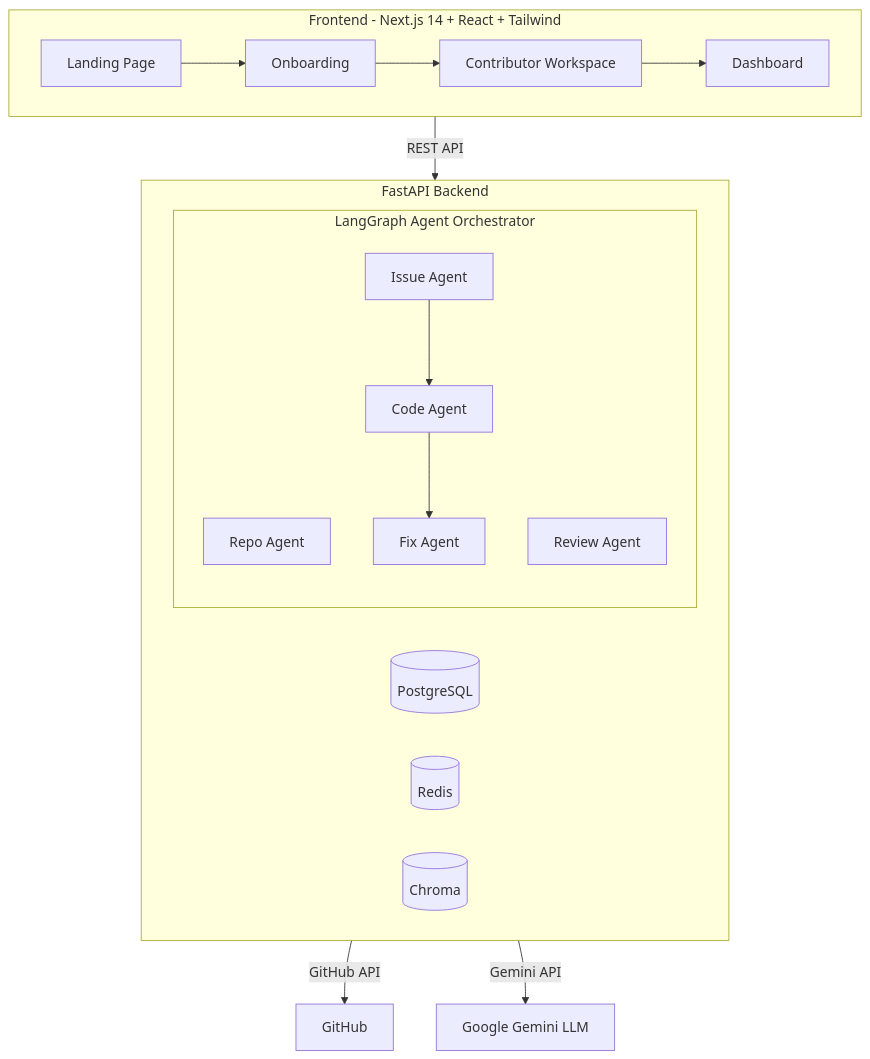
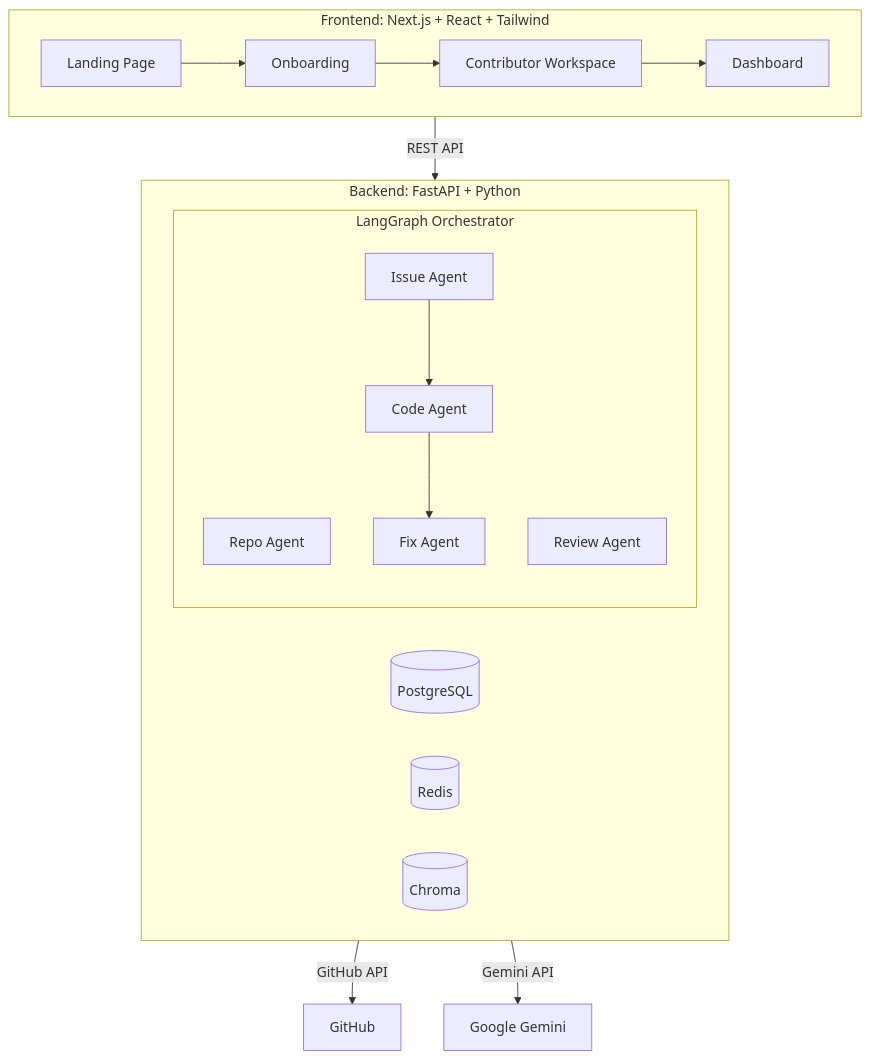
One commit to SSbhadoria21/Open-Source-Agent changed the first of 2 diagrams in Readme.md. Above: the diagram before and after it, drawn with Mermaid. The commit also changed other lines of this file, not shown here.

````diff
--- a/Readme.md
+++ b/Readme.md
@@ -110,27 +60,27 @@
 ```mermaid
 flowchart TD
-    subgraph Frontend[Frontend - Next.js 14 + React + Tailwind]
+    subgraph FE["Frontend: Next.js + React + Tailwind"]
         LP[Landing Page] --> OB[Onboarding]
         OB --> CW[Contributor Workspace]
         CW --> DASH[Dashboard]
     end
 
-    Frontend -- REST API --> Backend
+    FE -->|REST API| BE
 
-    subgraph Backend[FastAPI Backend]
-        subgraph Agents[LangGraph Agent Orchestrator]
+    subgraph BE["Backend: FastAPI + Python"]
+        subgraph AG["LangGraph Orchestrator"]
             REPO[Repo Agent]
             ISSUE[Issue Agent]
             CODE[Code Agent]
             FIX[Fix Agent]
             REVIEW[Review Agent]
             ISSUE --> CODE --> FIX
         end
         DB[(PostgreSQL)]
         CACHE[(Redis)]
         VEC[(Chroma)]
     end
 
-    Backend -- GitHub API --> GH[GitHub]
-    Backend -- Gemini API --> GEMINI[Google Gemini LLM]
+    BE -->|GitHub API| GH[GitHub]
+    BE -->|Gemini API| GM[Google Gemini]
 ```
````
